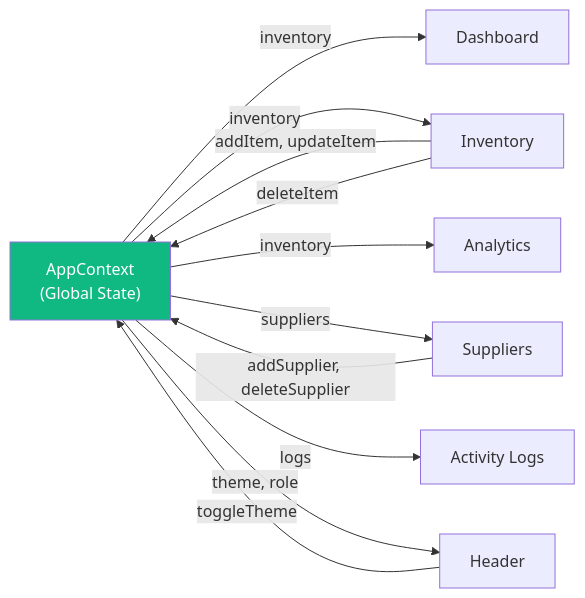
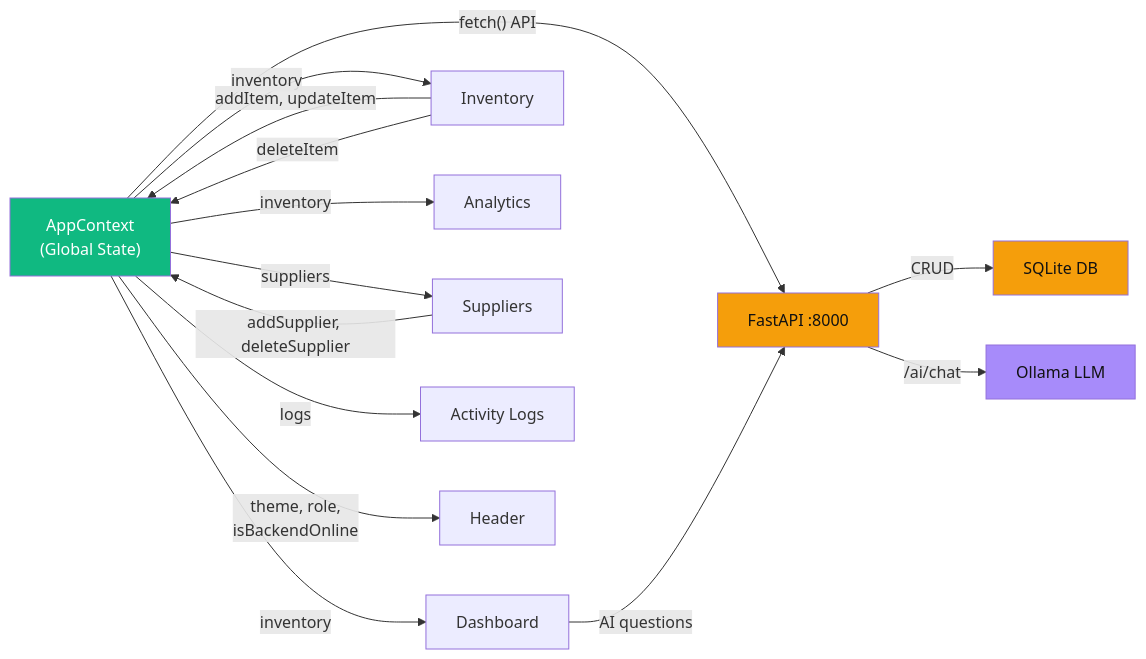
The third of 3 diagrams in my-react-app/project_architecture.md (Divyanshibhatt/H2Shackthon), drawn with Mermaid before and after one commit. The commit also changed other lines of this file and 14 other files, not shown here.

````diff
--- a/my-react-app/project_architecture.md
+++ b/my-react-app/project_architecture.md
@@ -115,16 +178,24 @@
 ```mermaid
 graph LR
     A["AppContext<br/>(Global State)"] -->|inventory| B["Dashboard"]
     A -->|inventory| C["Inventory"]
     A -->|inventory| D["Analytics"]
     A -->|suppliers| E["Suppliers"]
     A -->|logs| F["Activity Logs"]
-    A -->|theme, role| G["Header"]
+    A -->|"theme, role,<br/>isBackendOnline"| G["Header"]
     
     C -->|addItem, updateItem| A
     C -->|deleteItem| A
     E -->|addSupplier, deleteSupplier| A
-    G -->|toggleTheme| A
+
+    A -->|"fetch() API"| H["FastAPI :8000"]
+    H -->|"CRUD"| I["SQLite DB"]
+    H -->|"/ai/chat"| J["Ollama LLM"]
+
+    B -->|"AI questions"| H
 
     style A fill:#10B981,color:#fff
+    style H fill:#f59e0b,color:#111
+    style I fill:#f59e0b,color:#111
+    style J fill:#a78bfa,color:#111
 ```
````
